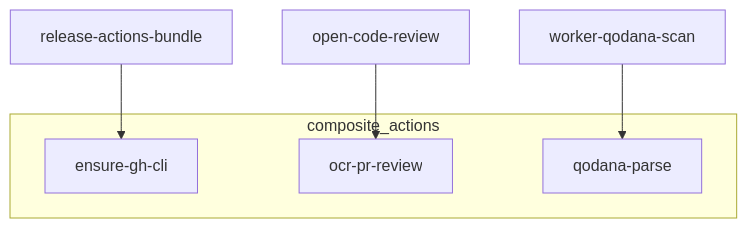
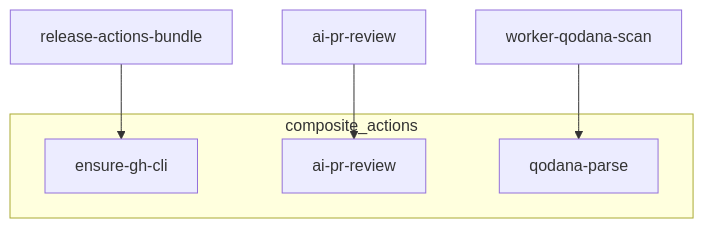
One commit to workers-world/worker-actions changed diagram 18 of 18 in docs/actions-workflows.md. Above: the diagram before and after it, drawn with Mermaid. The commit also changed other lines of this file and 33 other files, not shown here.

First line of the commit message:
Deprecate OCR; add self-hosted AI PR review MVP

````diff
--- a/docs/actions-workflows.md
+++ b/docs/actions-workflows.md
@@ -402,12 +399,12 @@
 ```mermaid
 flowchart TB
   subgraph composites [composite_actions]
     ghCli[ensure-gh-cli]
-    ocrAct[ocr-pr-review]
+    aiAct[ai-pr-review]
     qodParse[qodana-parse]
   end
 
   REL[release-actions-bundle] --> ghCli
-  OCR[open-code-review] --> ocrAct
+  AIR[ai-pr-review] --> aiAct
   QOD[worker-qodana-scan] --> qodParse
 ```
````
